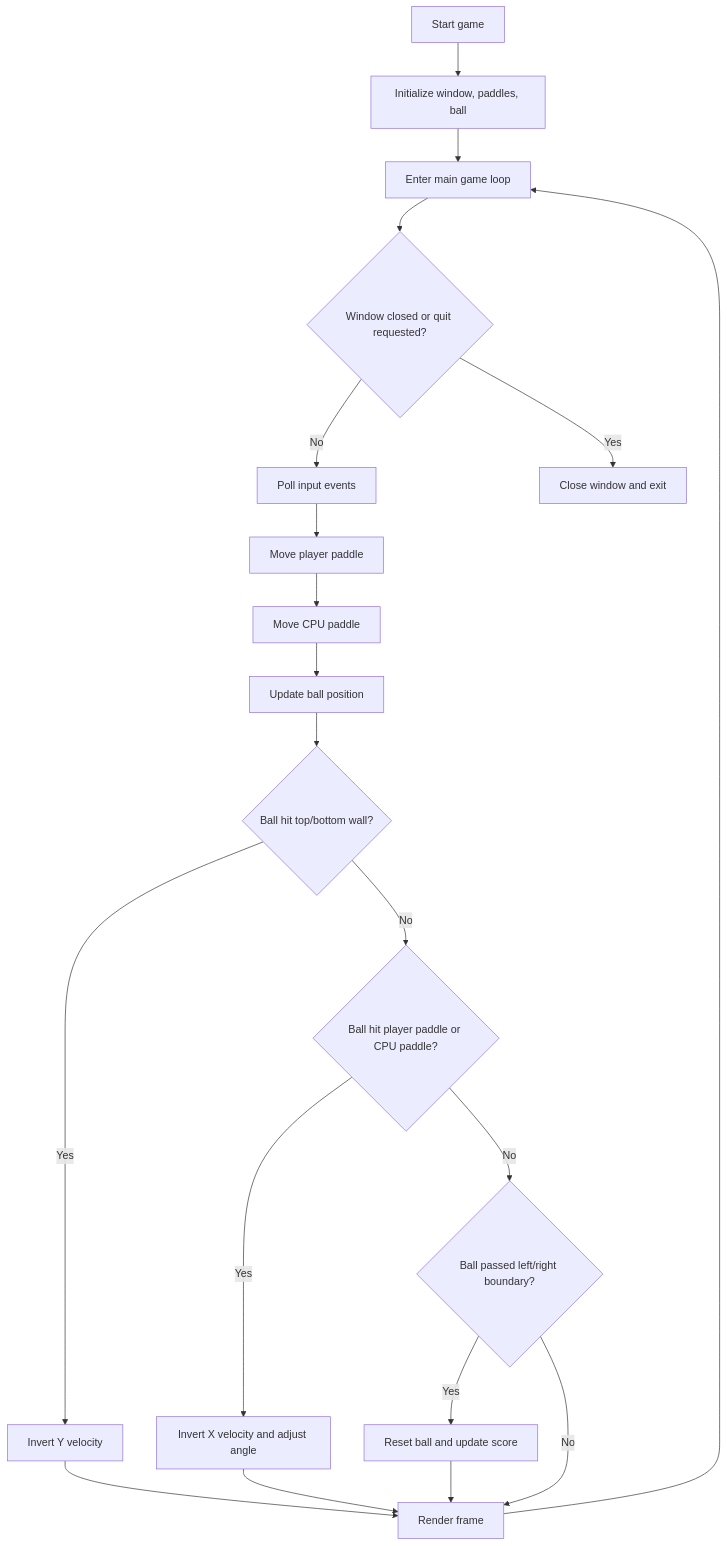
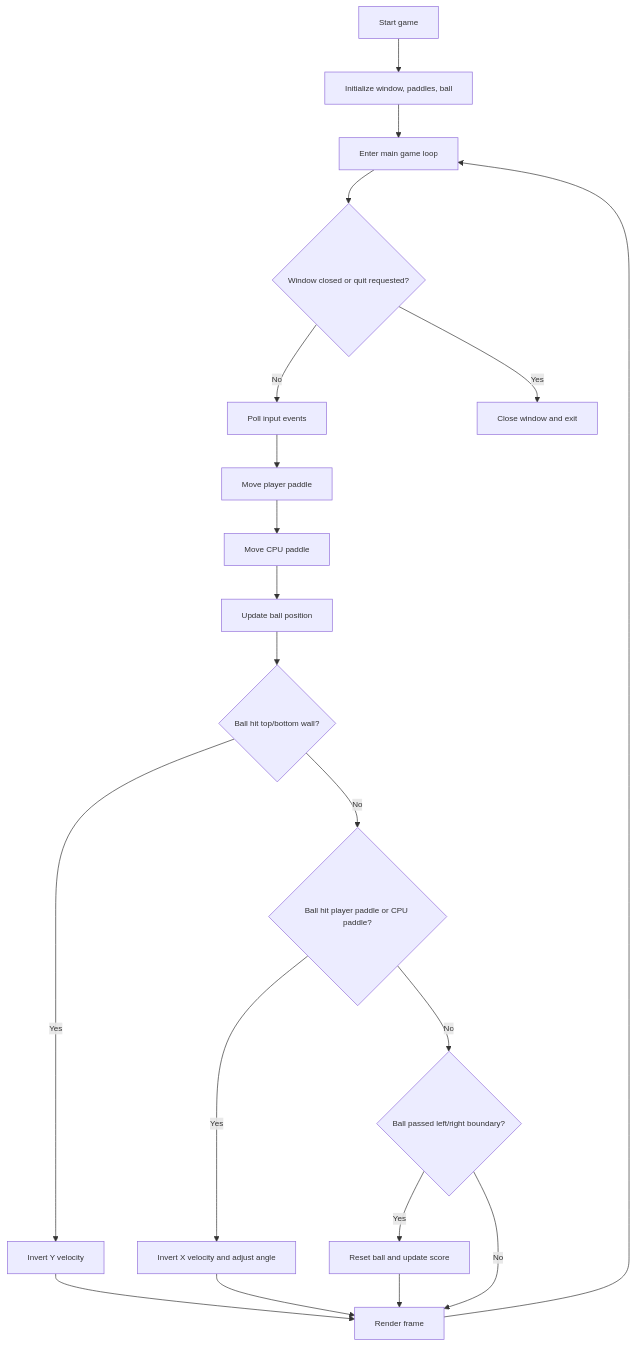
One commit to stephenlevitt/elen3009-demo-project changed the first of 2 diagrams in architecture.md. Above: the diagram before and after it, drawn with Mermaid. The commit also changed other lines of this file and 3 other files, not shown here.

Commit message:
Add support for architecture images

````diff
--- a/architecture.md
+++ b/architecture.md
@@ -52,22 +52,23 @@
 ```mermaid
+%%{init: {"themeVariables": {"fontSize": "12px"}}}%%
 flowchart TD
     A[Start game] --> B[Initialize window, paddles, ball]
     B --> C[Enter main game loop]
     C --> D{Window closed or quit requested?}
     D -- No --> E[Poll input events]
     E --> F[Move player paddle]
     F --> G[Move CPU paddle]
     G --> H[Update ball position]
     H --> I{Ball hit top/bottom wall?}
     I -- Yes --> J[Invert Y velocity]
     I -- No --> K{Ball hit player paddle or CPU paddle?}
     K -- Yes --> L[Invert X velocity and adjust angle]
     K -- No --> M{Ball passed left/right boundary?}
     M -- Yes --> N[Reset ball and update score]
     M -- No --> O[Render frame]
     O --> C
     J --> O
     L --> O
     N --> O
     D -- Yes --> P[Close window and exit]
 ```
````
